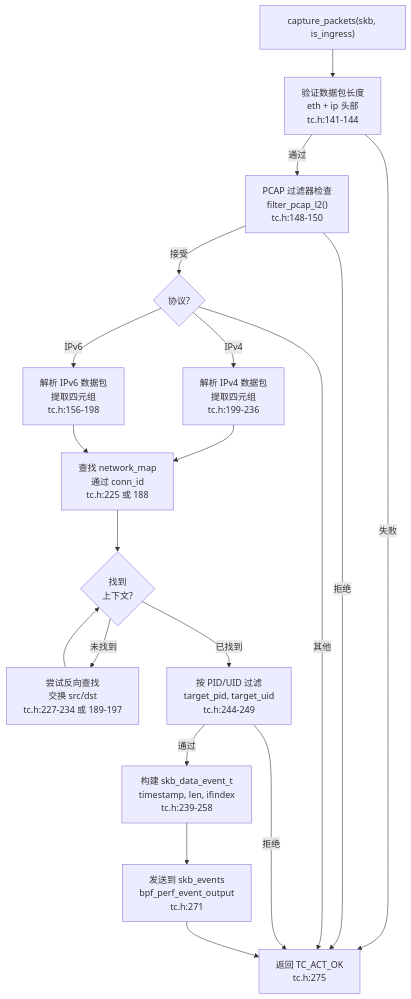
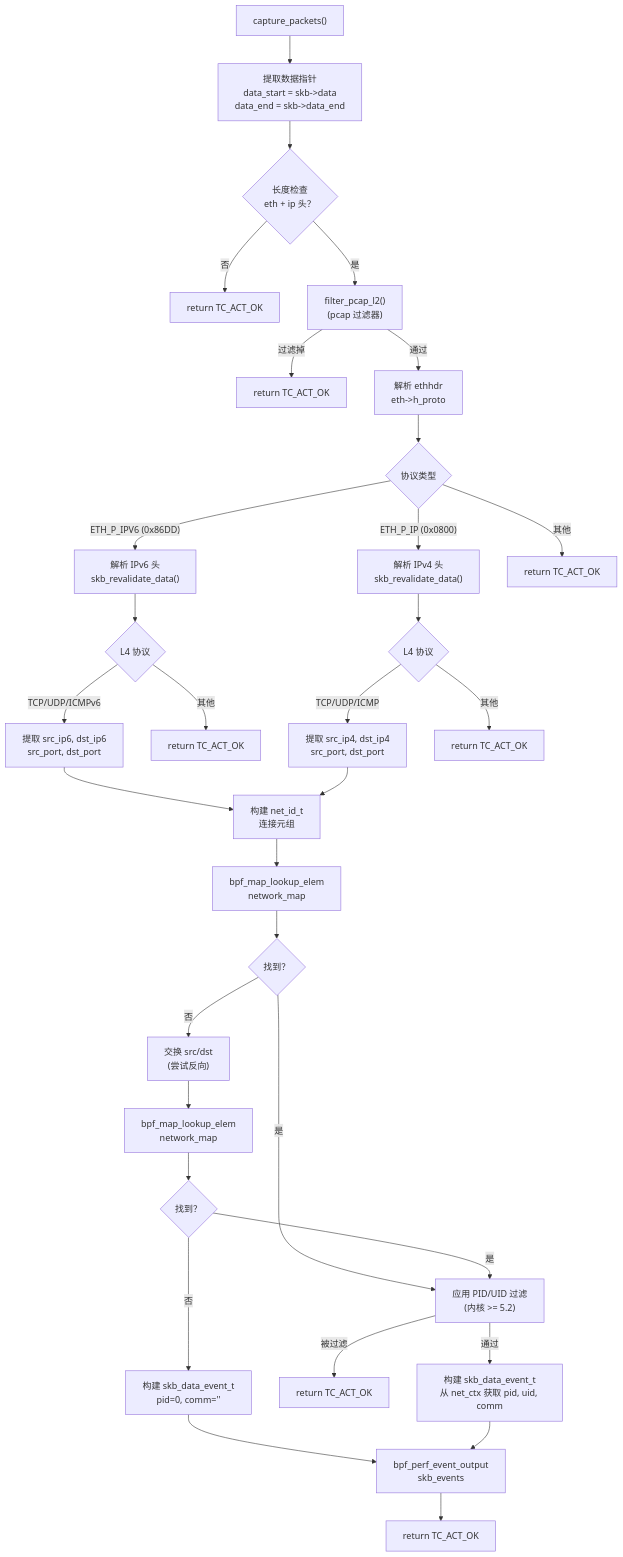
Before and after one commit to gojue/ecapture.cc: the third of 4 diagrams in src/zh/3-capture-modules/3.3-network-packet-capture-with-tc.md, drawn with Mermaid. The commit also changed other lines of this file and 115 other files, not shown here.

````diff
--- a/src/zh/3-capture-modules/3.3-network-packet-capture-with-tc.md
+++ b/src/zh/3-capture-modules/3.3-network-packet-capture-with-tc.md
@@ -115,54 +259,42 @@
 ```mermaid
-flowchart TD
-    START["capture_packets(skb, is_ingress)"]
+graph TB
+    Start["capture_packets()"] --> ExtractData["提取数据指针<br/>data_start = skb->data<br/>data_end = skb->data_end"]
+    ExtractData --> LenCheck{"长度检查<br/>eth + ip 头？"}
+    LenCheck -->|"否"| ReturnOK1["return TC_ACT_OK"]
+    LenCheck -->|"是"| FilterPcap["filter_pcap_l2()<br/>(pcap 过滤器)"]
+    FilterPcap -->|"过滤掉"| ReturnOK2["return TC_ACT_OK"]
+    FilterPcap -->|"通过"| ParseEth["解析 ethhdr<br/>eth->h_proto"]
     
-    VALIDATE["验证数据包长度<br/>eth + ip 头部<br/>tc.h:141-144"]
+    ParseEth --> ProtoCheck{"协议类型"}
+    ProtoCheck -->|"ETH_P_IPV6 (0x86DD)"| ParseIPv6["解析 IPv6 头<br/>skb_revalidate_data()"]
+    ProtoCheck -->|"ETH_P_IP (0x0800)"| ParseIPv4["解析 IPv4 头<br/>skb_revalidate_data()"]
+    ProtoCheck -->|"其他"| ReturnOK3["return TC_ACT_OK"]
     
-    FILTER["PCAP 过滤器检查<br/>filter_pcap_l2()<br/>tc.h:148-150"]
+    ParseIPv6 --> L4IPv6{"L4 协议"}
+    L4IPv6 -->|"TCP/UDP/ICMPv6"| ExtractIPv6["提取 src_ip6, dst_ip6<br/>src_port, dst_port"]
+    L4IPv6 -->|"其他"| ReturnOK4["return TC_ACT_OK"]
     
-    PROTO_CHECK{"协议?"}
+    ParseIPv4 --> L4IPv4{"L4 协议"}
+    L4IPv4 -->|"TCP/UDP/ICMP"| ExtractIPv4["提取 src_ip4, dst_ip4<br/>src_port, dst_port"]
+    L4IPv4 -->|"其他"| ReturnOK5["return TC_ACT_OK"]
     
-    IPV4["解析 IPv4 数据包<br/>提取四元组<br/>tc.h:199-236"]
+    ExtractIPv6 --> BuildConnId["构建 net_id_t<br/>连接元组"]
+    ExtractIPv4 --> BuildConnId
     
-    IPV6["解析 IPv6 数据包<br/>提取四元组<br/>tc.h:156-198"]
+    BuildConnId --> Lookup1["bpf_map_lookup_elem<br/>network_map"]
+    Lookup1 --> Found1{"找到？"}
+    Found1 -->|"否"| SwapTuple["交换 src/dst<br/>(尝试反向)"]
+    SwapTuple --> Lookup2["bpf_map_lookup_elem<br/>network_map"]
+    Lookup2 --> Found2{"找到？"}
     
-    LOOKUP["查找 network_map<br/>通过 conn_id<br/>tc.h:225 或 188"]
+    Found1 -->|"是"| FilterPidUid["应用 PID/UID 过滤<br/>(内核 >= 5.2)"]
+    Found2 -->|"是"| FilterPidUid
+    Found2 -->|"否"| BuildEvent1["构建 skb_data_event_t<br/>pid=0, comm=''"]
     
-    FOUND{"找到<br/>上下文?"}
+    FilterPidUid -->|"被过滤"| ReturnOK6["return TC_ACT_OK"]
+    FilterPidUid -->|"通过"| BuildEvent2["构建 skb_data_event_t<br/>从 net_ctx 获取 pid, uid, comm"]
     
-    REVERSE["尝试反向查找<br/>交换 src/dst<br/>tc.h:227-234 或 189-197"]
-    
-    FILTER_PID["按 PID/UID 过滤<br/>target_pid, target_uid<br/>tc.h:244-249"]
-    
-    BUILD["构建 skb_data_event_t<br/>timestamp, len, ifindex<br/>tc.h:239-258"]
-    
-    SEND["发送到 skb_events<br/>bpf_perf_event_output<br/>tc.h:271"]
-    
-    RETURN["返回 TC_ACT_OK<br/>tc.h:275"]
-    
-    START --> VALIDATE
-    VALIDATE -->|"失败"| RETURN
-    VALIDATE -->|"通过"| FILTER
-    
-    FILTER -->|"拒绝"| RETURN
-    FILTER -->|"接受"| PROTO_CHECK
-    
-    PROTO_CHECK -->|"IPv4"| IPV4
-    PROTO_CHECK -->|"IPv6"| IPV6
-    PROTO_CHECK -->|"其他"| RETURN
-    
-    IPV4 --> LOOKUP
-    IPV6 --> LOOKUP
-    
-    LOOKUP --> FOUND
-    FOUND -->|"未找到"| REVERSE
-    FOUND -->|"已找到"| FILTER_PID
-    
-    REVERSE --> FOUND
-    
-    FILTER_PID -->|"通过"| BUILD
-    FILTER_PID -->|"拒绝"| RETURN
-    
-    BUILD --> SEND
-    SEND --> RETURN
+    BuildEvent1 --> SendEvent["bpf_perf_event_output<br/>skb_events"]
+    BuildEvent2 --> SendEvent
+    SendEvent --> ReturnOK7["return TC_ACT_OK"]
 ```
````
